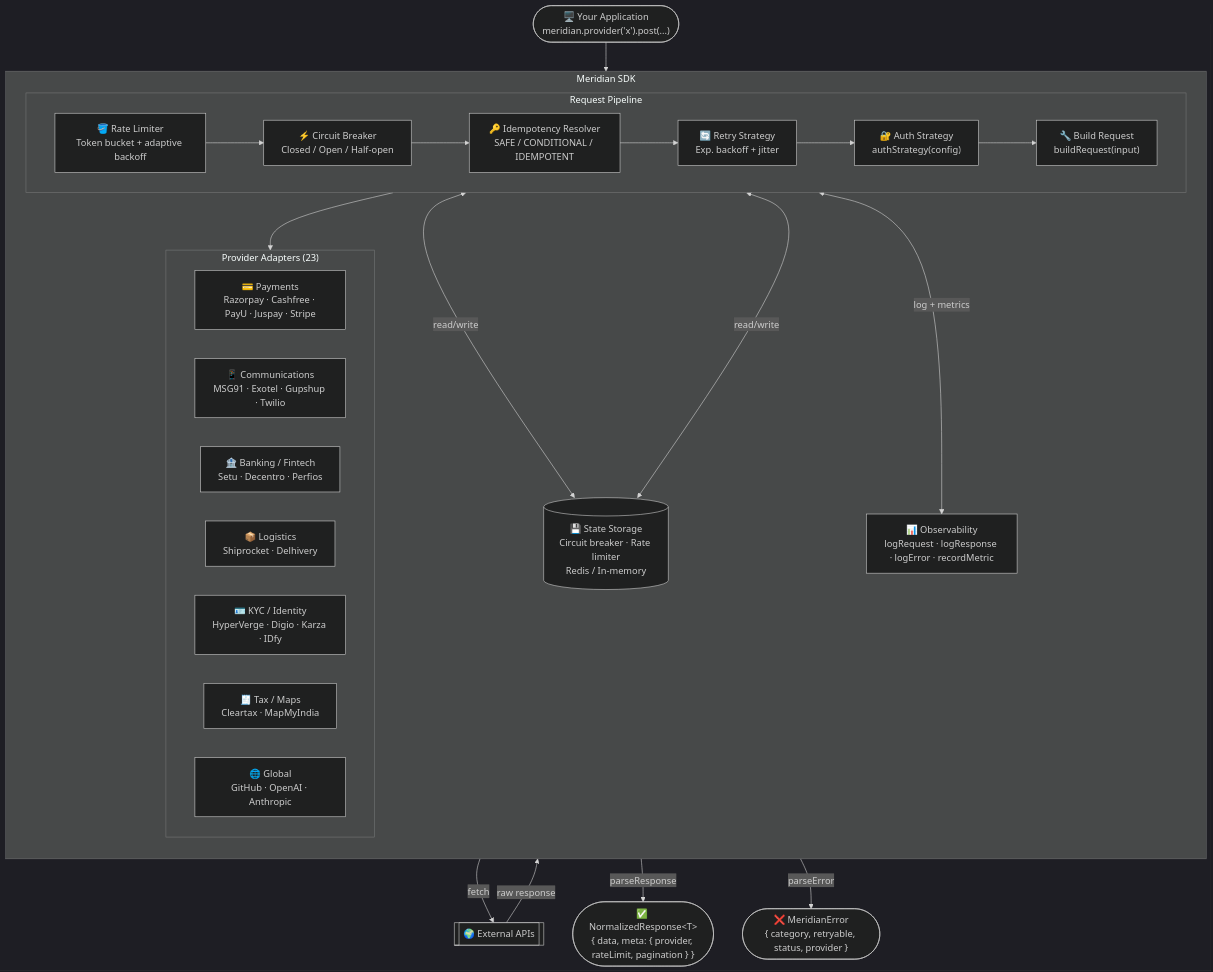
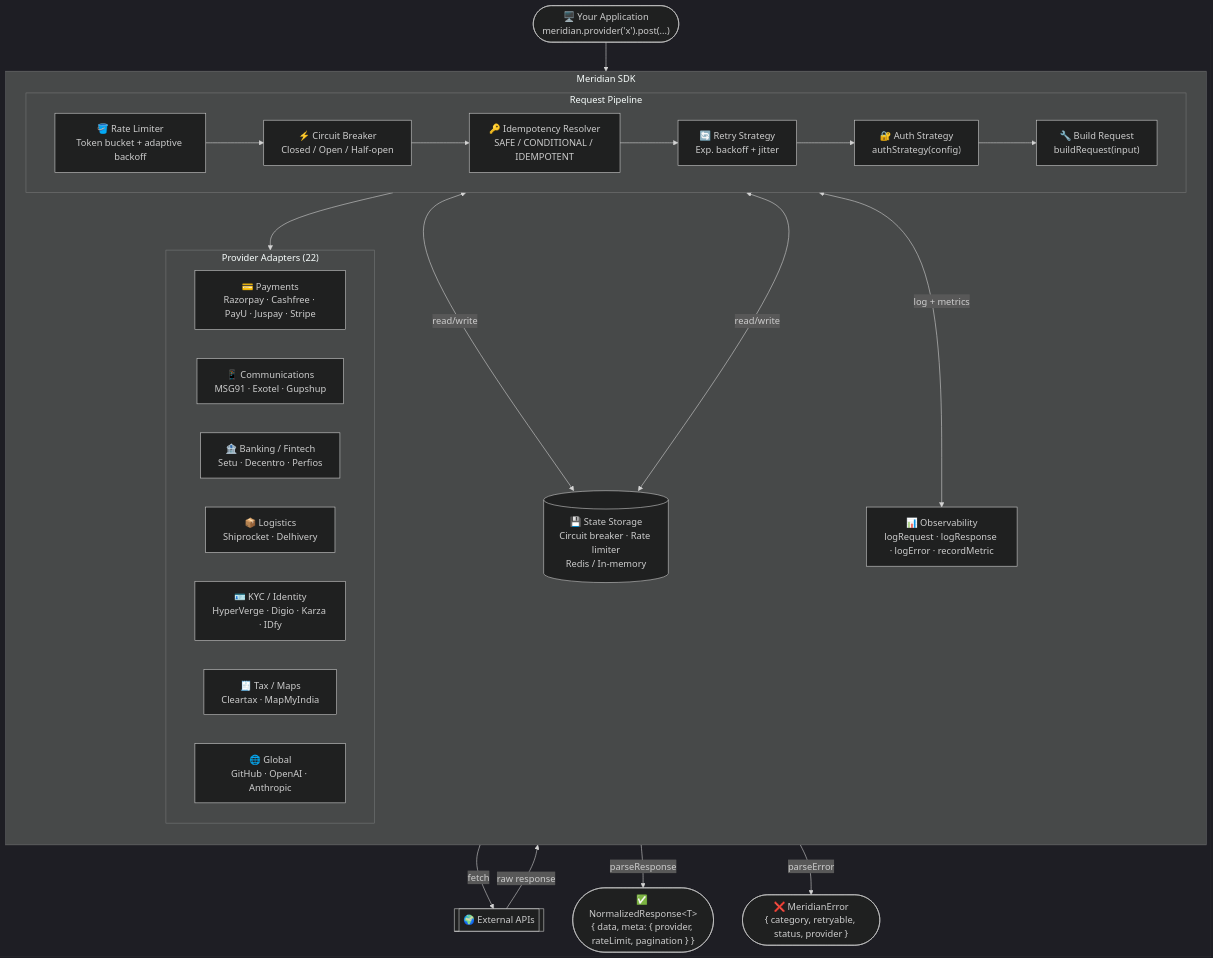
The diagram in README.md (Raghaverma/Meridianjs), drawn with Mermaid (dark theme) before and after one commit. The commit also changed other lines of this file and 4 other files, not shown here.

````diff
--- a/README.md
+++ b/README.md
@@ -166,47 +162,47 @@
 ```mermaid
 flowchart TD
     App(["🖥️ Your Application\nmeridian.provider('x').post(...)"])
 
     subgraph SDK["Meridian SDK"]
         direction TB
 
         subgraph Pipeline["Request Pipeline"]
             direction LR
             RL["🪣 Rate Limiter\nToken bucket + adaptive backoff"]
             CB["⚡ Circuit Breaker\nClosed / Open / Half-open"]
             IK["🔑 Idempotency Resolver\nSAFE / CONDITIONAL / IDEMPOTENT"]
             RT["🔄 Retry Strategy\nExp. backoff + jitter"]
             AU["🔐 Auth Strategy\nauthStrategy(config)"]
             BQ["🔧 Build Request\nbuildRequest(input)"]
             RL --> CB --> IK --> RT --> AU --> BQ
         end
 
-        subgraph Adapters["Provider Adapters (23)"]
+        subgraph Adapters["Provider Adapters (22)"]
             direction LR
             PAY["💳 Payments\nRazorpay · Cashfree · PayU · Juspay · Stripe"]
-            COM["📱 Communications\nMSG91 · Exotel · Gupshup · Twilio"]
+            COM["📱 Communications\nMSG91 · Exotel · Gupshup"]
             FIN["🏦 Banking / Fintech\nSetu · Decentro · Perfios"]
             LOG["📦 Logistics\nShiprocket · Delhivery"]
             KYC["🪪 KYC / Identity\nHyperVerge · Digio · Karza · IDfy"]
             TAX["🧾 Tax / Maps\nCleartax · MapMyIndia"]
             GLB["🌐 Global\nGitHub · OpenAI · Anthropic"]
         end
 
         OBS["📊 Observability\nlogRequest · logResponse · logError · recordMetric"]
         STATE[("💾 State Storage\nCircuit breaker · Rate limiter\nRedis / In-memory")]
     end
 
     EXT[["🌍 External APIs"]]
     RES(["✅ NormalizedResponse&lt;T&gt;\n{ data, meta: { provider, rateLimit, pagination } }"])
     ERR(["❌ MeridianError\n{ category, retryable, status, provider }"])
 
     App --> RL
     BQ --> Adapters
     Adapters -->|fetch| EXT
     EXT -->|raw response| Adapters
     Adapters -->|parseResponse| RES
     Adapters -->|parseError| ERR
     Pipeline <-->|log + metrics| OBS
     CB <-->|read/write| STATE
     RL <-->|read/write| STATE
 ```
````
